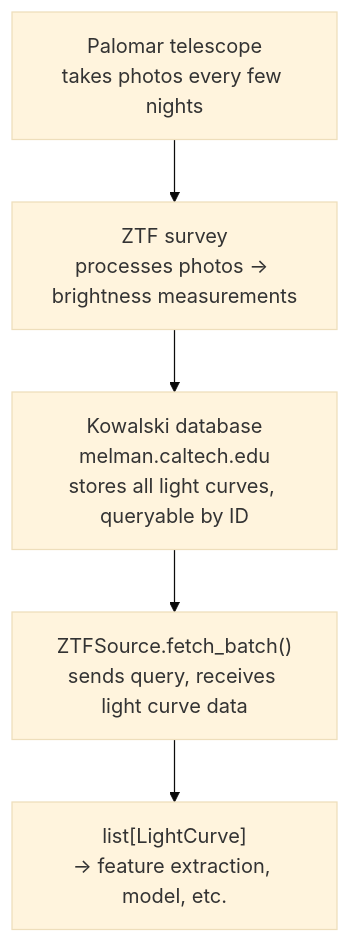
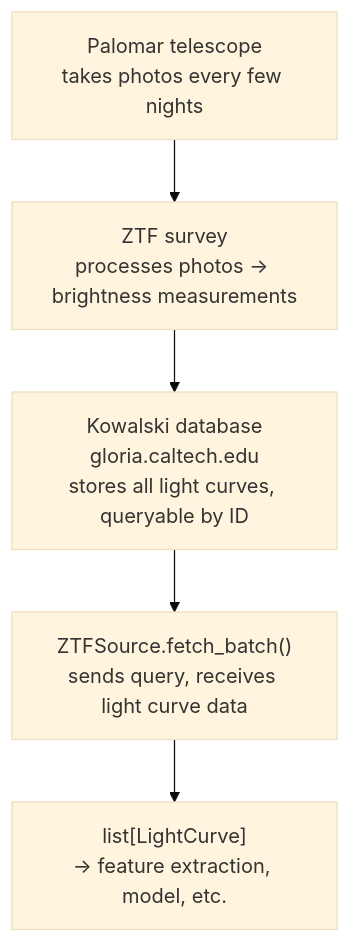
Before and after one commit to ManiacUrgency42/ml4em: the diagram in docs/background/surveys.md, drawn with Mermaid (base theme). The commit also changed other lines of this file and 13 other files, not shown here.

First line of the commit message:
Point the Kowalski host at gloria, where the ZTF light curves are

````diff
--- a/docs/background/surveys.md
+++ b/docs/background/surveys.md
@@ -45,10 +45,10 @@
 ```mermaid
 flowchart TD
     A["Palomar telescope<br/>takes photos every few nights"]
     B["ZTF survey<br/>processes photos → brightness measurements"]
-    C["Kowalski database<br/>melman.caltech.edu<br/>stores all light curves, queryable by ID"]
+    C["Kowalski database<br/>gloria.caltech.edu<br/>stores all light curves, queryable by ID"]
     D["ZTFSource.fetch_batch()<br/>sends query, receives light curve data"]
     E["list[LightCurve]<br/>→ feature extraction, model, etc."]
 
     A --> B --> C --> D --> E
 ```
````
